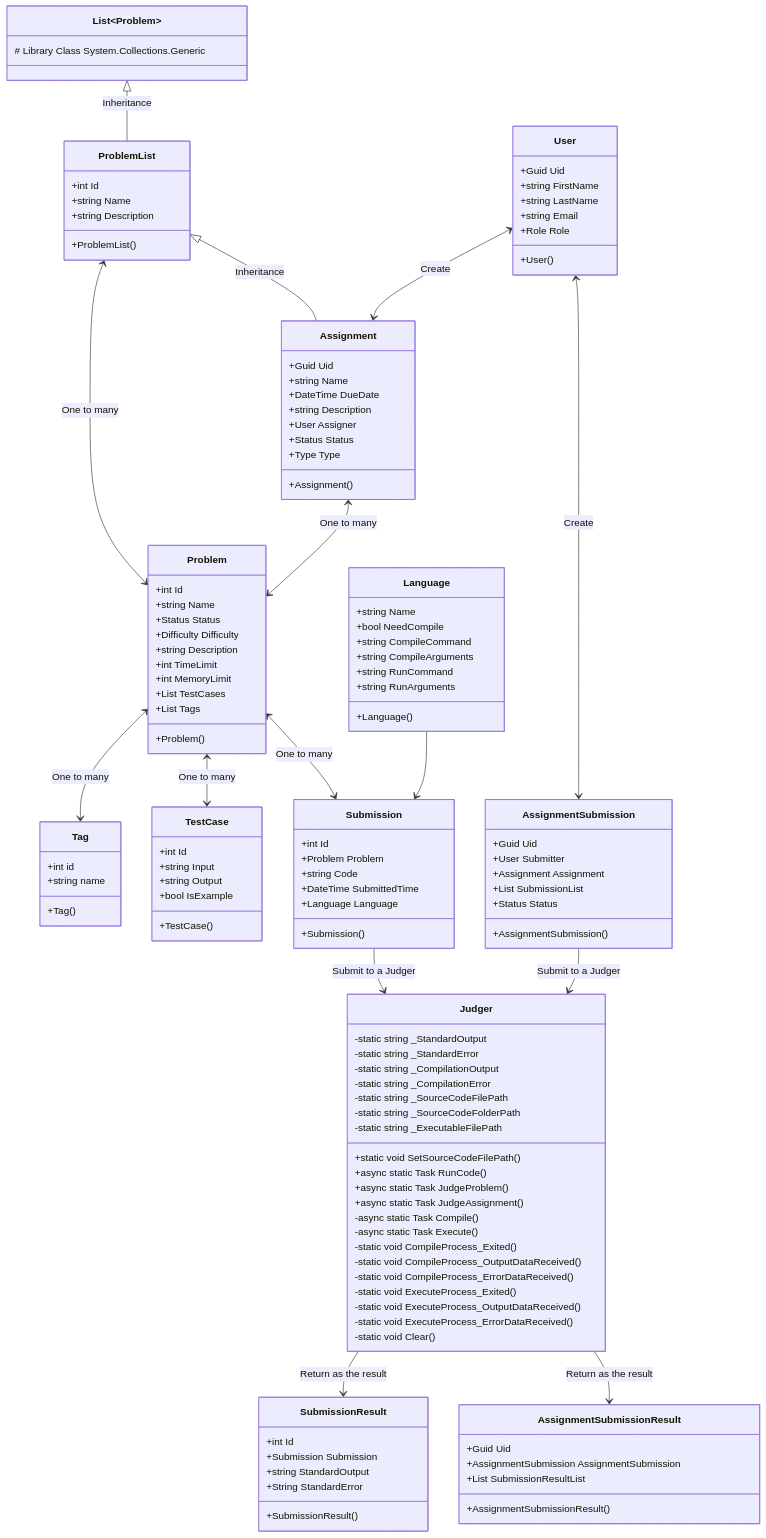
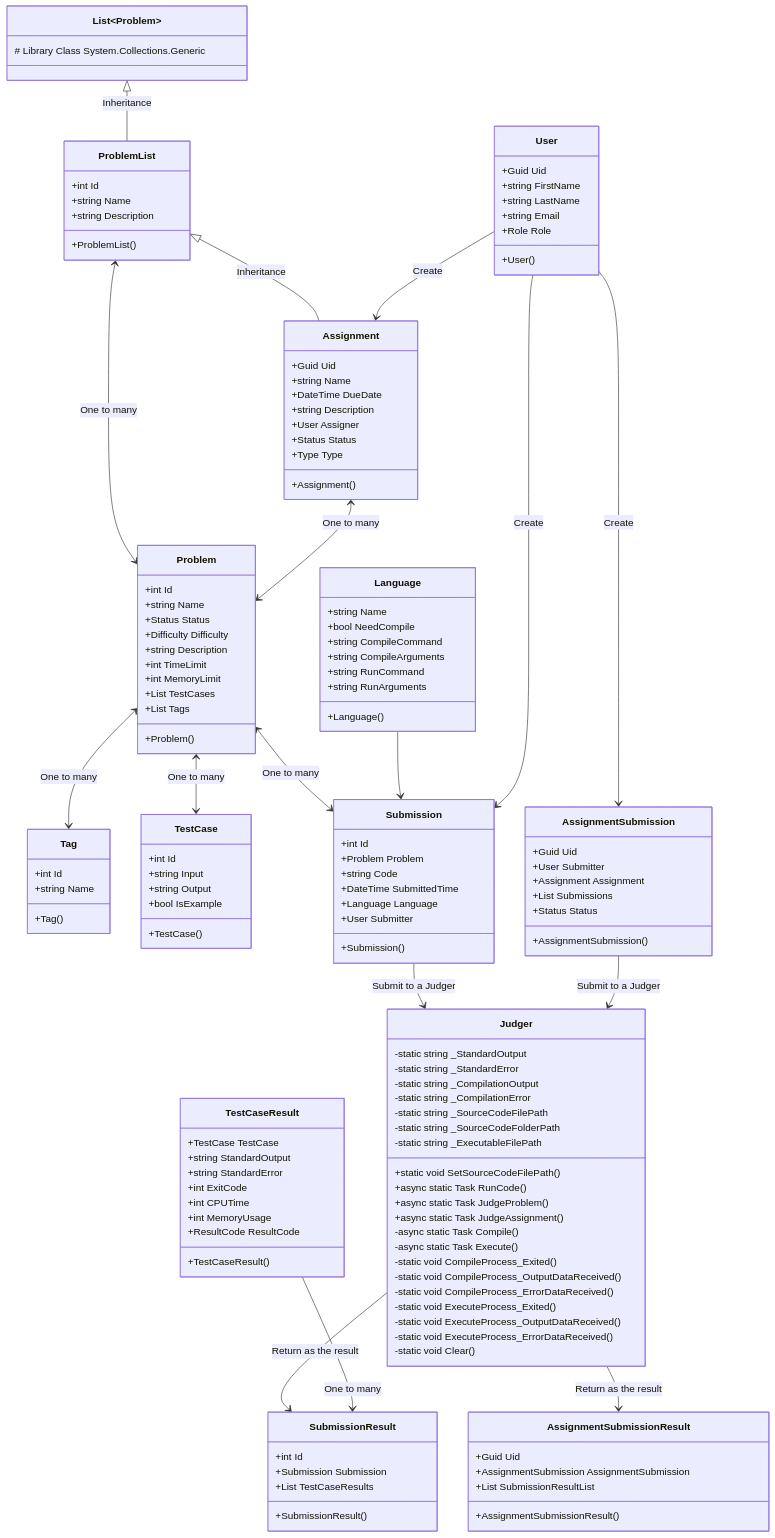
The diagram in report/graphs/classDiagram.mmd (HEIGE-PCloud/Algorithm-Dynamics), drawn with Mermaid before and after one commit. The commit also changed 4 other files, not shown here.

```diff
--- a/report/graphs/classDiagram.mmd
+++ b/report/graphs/classDiagram.mmd
@@ -1,126 +1,138 @@
 classDiagram
     class Tag{
-        +int id
-        +string name
+        +int Id
+        +string Name
         +Tag()
     }
     class TestCase{
         +int Id
         +string Input
         +string Output
         +bool IsExample
         +TestCase()
     }
     class Problem{
         +int Id
         +string Name
         +Status Status
         +Difficulty Difficulty
         +string Description
         +int TimeLimit
         +int MemoryLimit
         +List<TestCase> TestCases
         +List<Tag> Tags
         +Problem()
     }
     class List~Problem~ {
         # Library Class System.Collections.Generic
     }
     class ProblemList{
         +int Id
         +string Name
         +string Description
         +ProblemList()
     }
     class Assignment{
         +Guid Uid
         +string Name
         +DateTime DueDate
         +string Description
         +User Assigner
         +Status Status
         +Type Type
         +Assignment()
     }
     class Submission{
         +int Id
         +Problem Problem
         +string Code
         +DateTime SubmittedTime
         +Language Language
+        +User Submitter
         +Submission()
+    }
+    class TestCaseResult {
+        +TestCase TestCase
+        +string StandardOutput
+        +string StandardError
+        +int ExitCode
+        +int CPUTime
+        +int MemoryUsage
+        +ResultCode ResultCode
+        +TestCaseResult()
     }
     class SubmissionResult{
         +int Id
         +Submission Submission
-        +string StandardOutput
-        +String StandardError
+        +List<TestCaseResult> TestCaseResults
         +SubmissionResult()
     }
     class AssignmentSubmission{
         +Guid Uid
         +User Submitter
         +Assignment Assignment
-        +List<Submission> SubmissionList
+        +List<Submission> Submissions
         +Status Status
         +AssignmentSubmission()
     }
     class AssignmentSubmissionResult{
         +Guid Uid
         +AssignmentSubmission AssignmentSubmission
         +List<SubmissionResult> SubmissionResultList
         +AssignmentSubmissionResult()
     }
     class Judger{
         -static string _StandardOutput
         -static string _StandardError
         -static string _CompilationOutput
         -static string _CompilationError
         -static string _SourceCodeFilePath
         -static string _SourceCodeFolderPath
         -static string _ExecutableFilePath
         +static void SetSourceCodeFilePath()
         +async static Task<SubmissionResult> RunCode()
         +async static Task<SubmissionResult> JudgeProblem()
         +async static Task<AssignmentSubmission> JudgeAssignment()
         -async static Task<int> Compile()
         -async static Task<int> Execute()
         -static void CompileProcess_Exited()
         -static void CompileProcess_OutputDataReceived()
         -static void CompileProcess_ErrorDataReceived()
         -static void ExecuteProcess_Exited()
         -static void ExecuteProcess_OutputDataReceived()
         -static void ExecuteProcess_ErrorDataReceived()
         -static void Clear()
     }
     class User{
         +Guid Uid
         +string FirstName
         +string LastName
         +string Email
         +Role Role
         +User()
     }
     class Language{
         +string Name
         +bool NeedCompile
         +string CompileCommand
         +string CompileArguments
         +string RunCommand
         +string RunArguments
         +Language()
     }
     List <|-- ProblemList: Inheritance
     ProblemList <|-- Assignment: Inheritance
     Submission --> Judger: Submit to a Judger
     Judger -->  SubmissionResult: Return as the result
     Problem <--> Tag:One to many
     Problem <--> TestCase:One to many
     Problem <--> Submission:One to many
     Language --> Submission
     ProblemList <--> Problem:One to many
     Assignment <--> Problem:One to many
-    User <--> Assignment:Create
-    User <--> AssignmentSubmission:Create
+    User --> Submission:Create
+    User --> Assignment:Create
+    User --> AssignmentSubmission:Create
     AssignmentSubmission --> Judger: Submit to a Judger
     Judger -->  AssignmentSubmissionResult: Return as the result
+    TestCaseResult --> SubmissionResult: One to many
```
